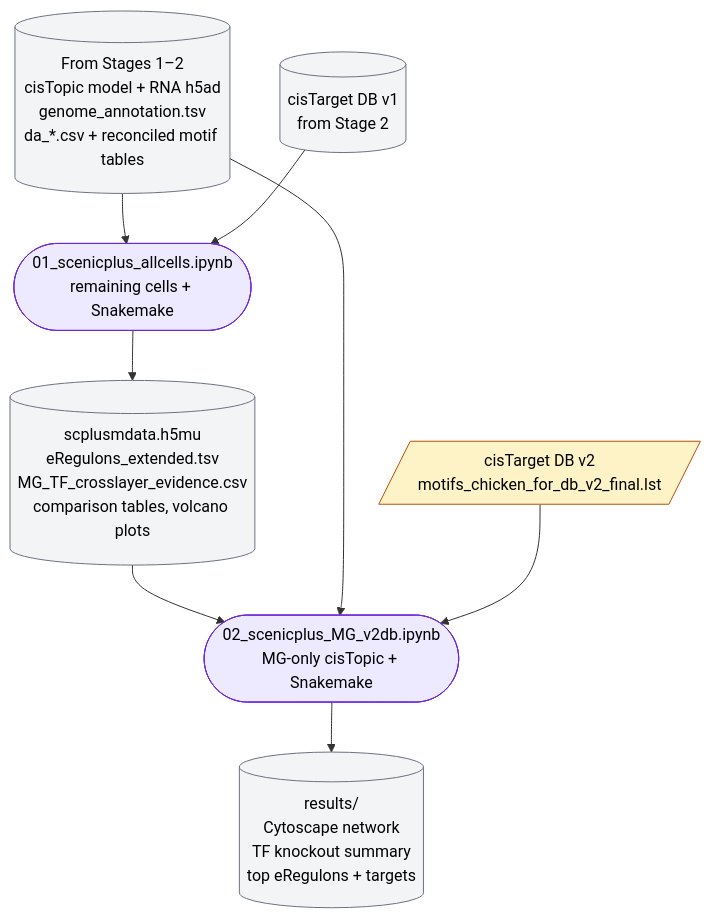
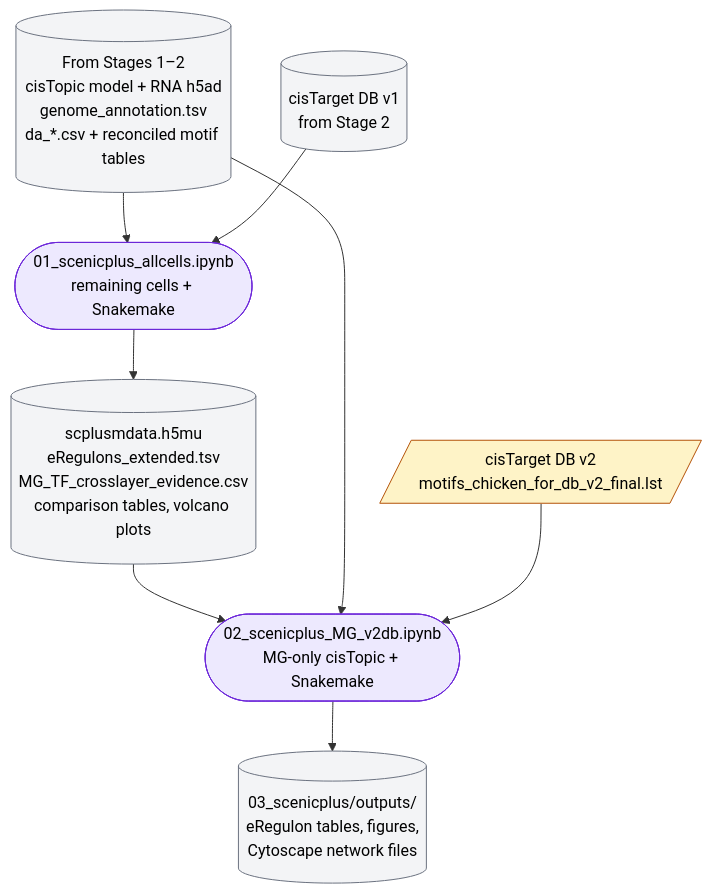
Before and after one commit to twig28/fischer-lab-retinal-analysis: the fourth of 5 diagrams in README.md, drawn with Mermaid. The commit also changed other lines of this file and 1 other file, not shown here.

````diff
--- a/README.md
+++ b/README.md
@@ -195,20 +211,20 @@
 ```mermaid
 flowchart TD
     inp[("From Stages 1–2<br/>cisTopic model + RNA h5ad<br/>genome_annotation.tsv<br/>da_*.csv + reconciled motif tables")]:::obj
     v1[("cisTarget DB v1<br/>from Stage 2")]:::obj
 
     inp --> nb1(["01_scenicplus_allcells.ipynb<br/>remaining cells + Snakemake"]):::notebook
     v1 --> nb1
     nb1 --> out1[("scplusmdata.h5mu<br/>eRegulons_extended.tsv<br/>MG_TF_crosslayer_evidence.csv<br/>comparison tables, volcano plots")]:::obj
 
     v2[/"cisTarget DB v2<br/>motifs_chicken_for_db_v2_final.lst"/]:::input
     out1 --> nb2(["02_scenicplus_MG_v2db.ipynb<br/>MG-only cisTopic + Snakemake"]):::notebook
     inp --> nb2
     v2 --> nb2
-    nb2 --> final[("results/<br/>Cytoscape network<br/>TF knockout summary<br/>top eRegulons + targets")]:::obj
+    nb2 --> final[("03_scenicplus/outputs/<br/>eRegulon tables, figures,<br/>Cytoscape network files")]:::obj
 
     classDef input fill:#fef3c7,stroke:#b45309,color:#000
     classDef script fill:#dbeafe,stroke:#1d4ed8,color:#000
     classDef notebook fill:#ede9fe,stroke:#6d28d9,color:#000
     classDef obj fill:#f3f4f6,stroke:#6b7280,color:#000
 ```
````
